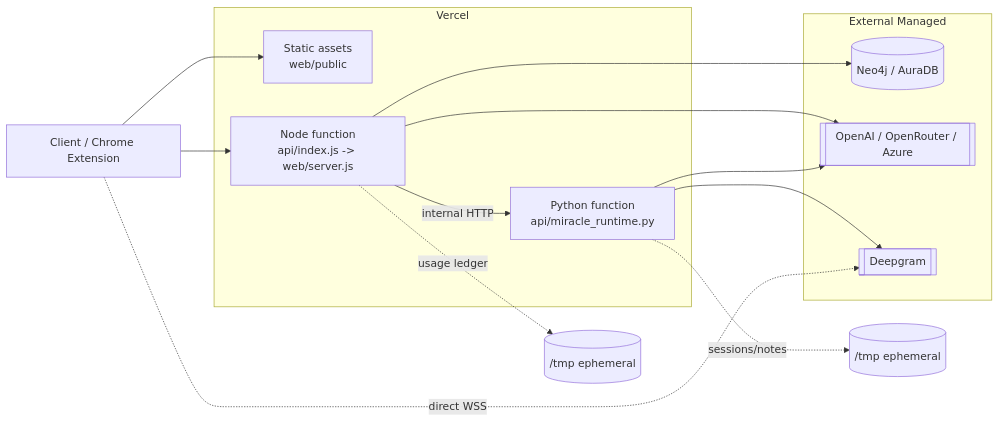
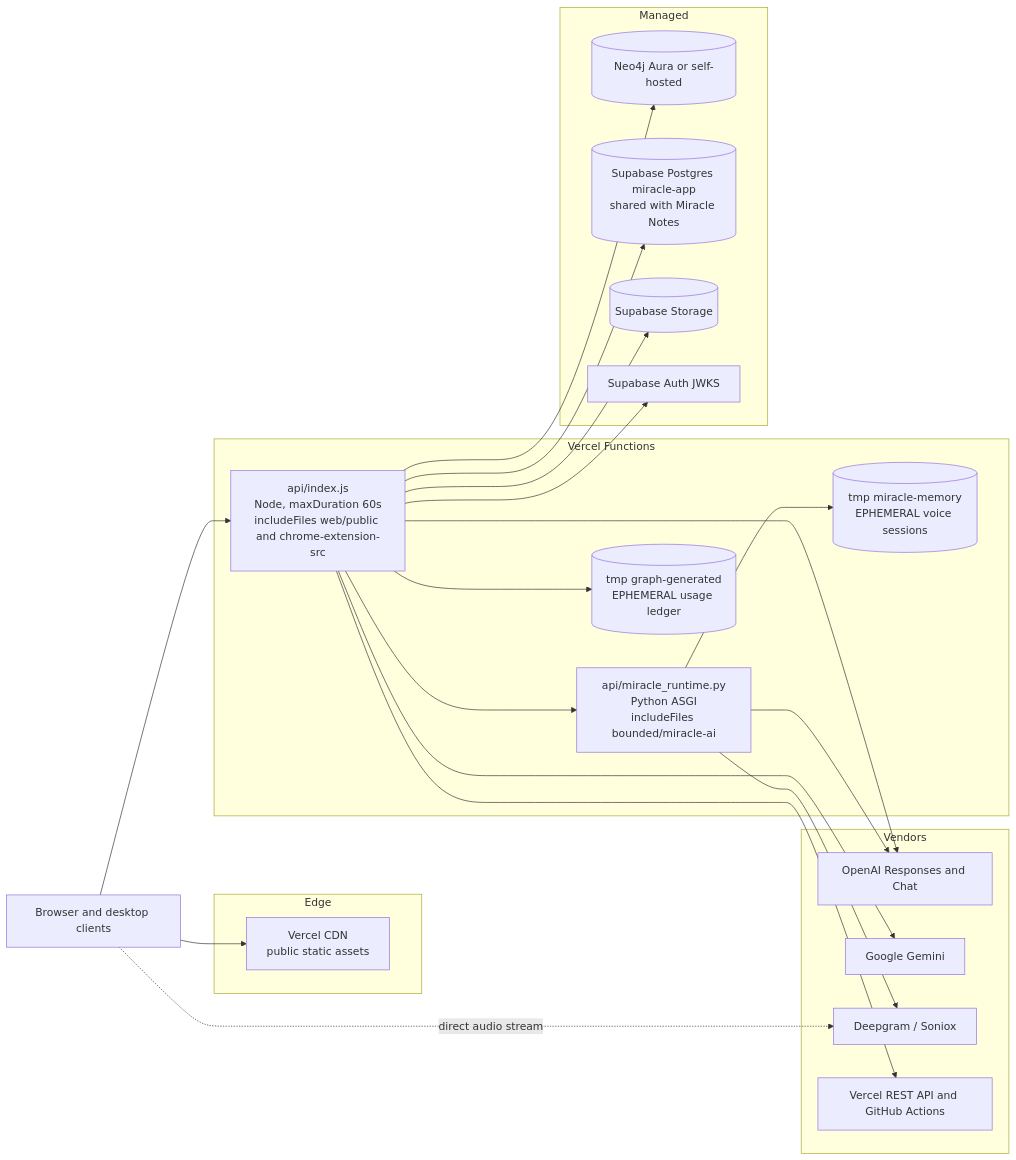
Before and after one commit to ZevCorp/Miracle: the fourth of 6 diagrams in graph/architecture-infrastructure.md, drawn with Mermaid. The commit also changed other lines of this file, not shown here.

````diff
--- a/graph/architecture-infrastructure.md
+++ b/graph/architecture-infrastructure.md
@@ -355,23 +624,43 @@
 ```mermaid
 flowchart LR
-    subgraph Edge[Vercel]
-        CDN[Static assets\nweb/public]
-        FNJS[Node function\napi/index.js -> web/server.js]
-        FNPY[Python function\napi/miracle_runtime.py]
+    subgraph Edge
+        CDN[Vercel CDN<br/>public static assets]
     end
-    subgraph ExtSvc[External Managed]
-        AURA[(Neo4j / AuraDB)]
-        OAI[[OpenAI / OpenRouter / Azure]]
-        DGRAM[[Deepgram]]
+
+    subgraph Functions["Vercel Functions"]
+        F1[api/index.js<br/>Node, maxDuration 60s<br/>includeFiles web/public and chrome-extension-src]
+        F2[api/miracle_runtime.py<br/>Python ASGI<br/>includeFiles bounded/miracle-ai]
+        T1[(tmp graph-generated<br/>EPHEMERAL usage ledger)]
+        T2[(tmp miracle-memory<br/>EPHEMERAL voice sessions)]
     end
-    Browser[Client / Chrome Extension] --> CDN
-    Browser --> FNJS
-    FNJS -->|internal HTTP| FNPY
-    FNJS --> AURA
-    FNJS --> OAI
-    FNPY --> DGRAM
-    FNPY --> OAI
-    Browser -. direct WSS .-> DGRAM
-    FNJS -. usage ledger .-> TMP[(/tmp ephemeral)]
-    FNPY -. sessions/notes .-> TMP2[(/tmp ephemeral)]
+
+    subgraph Managed
+        NEO[(Neo4j Aura or self-hosted)]
+        PG[(Supabase Postgres miracle-app<br/>shared with Miracle Notes)]
+        SB[(Supabase Storage)]
+        AUTHJ[Supabase Auth JWKS]
+    end
+
+    subgraph Vendors
+        OAI[OpenAI Responses and Chat]
+        GEM[Google Gemini]
+        DG[Deepgram / Soniox]
+        VCL[Vercel REST API and GitHub Actions]
+    end
+
+    BROWSER[Browser and desktop clients] --> CDN
+    BROWSER --> F1
+    BROWSER -.->|direct audio stream| DG
+    F1 --> T1
+    F2 --> T2
+    F1 --> F2
+    F1 --> NEO
+    F1 --> PG
+    F1 --> SB
+    F1 --> AUTHJ
+    F1 --> OAI
+    F1 --> GEM
+    F1 --> VCL
+    F2 --> DG
+    F2 --> OAI
 ```
````
